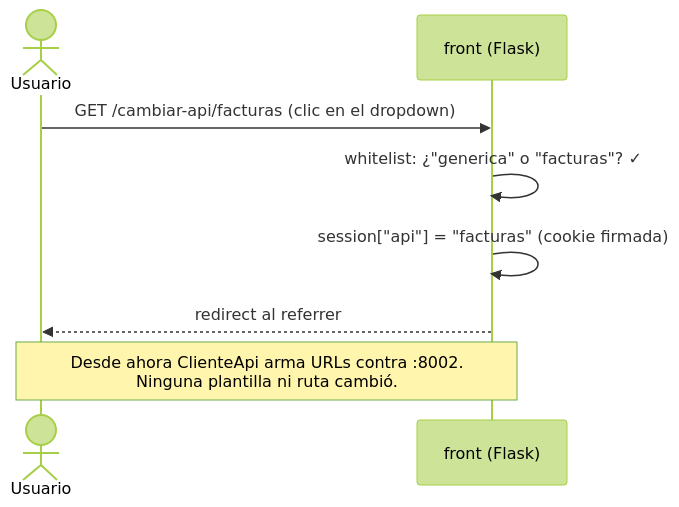
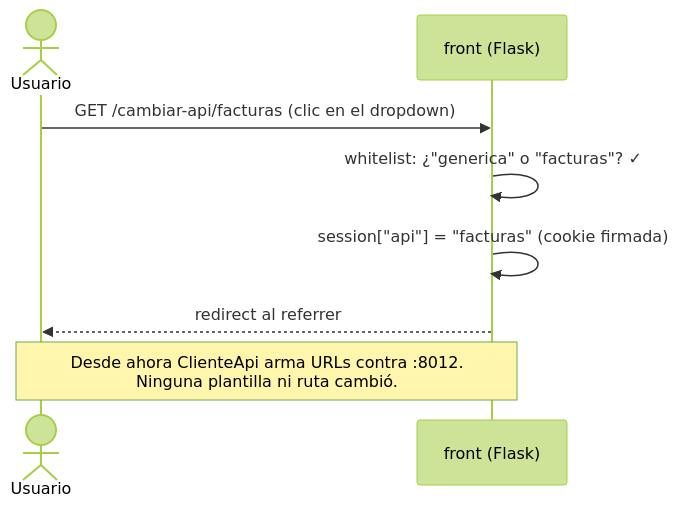
One commit to ccastro2050/proyecto_construccion1 changed the seventh of 8 diagrams in README.md. Above: the diagram before and after it, drawn with Mermaid (forest theme). The commit also changed other lines of this file and 60 other files, not shown here.

````diff
--- a/README.md
+++ b/README.md
@@ -334,11 +334,11 @@
 ```mermaid
 sequenceDiagram
     actor U as Usuario
     participant F as front (Flask)
 
     U->>F: GET /cambiar-api/facturas (clic en el dropdown)
     F->>F: whitelist: ¿"generica" o "facturas"? ✓
     F->>F: session["api"] = "facturas" (cookie firmada)
     F-->>U: redirect al referrer
-    Note over U,F: Desde ahora ClienteApi arma URLs contra :8002.<br/>Ninguna plantilla ni ruta cambió.
+    Note over U,F: Desde ahora ClienteApi arma URLs contra :8012.<br/>Ninguna plantilla ni ruta cambió.
 ```
````
